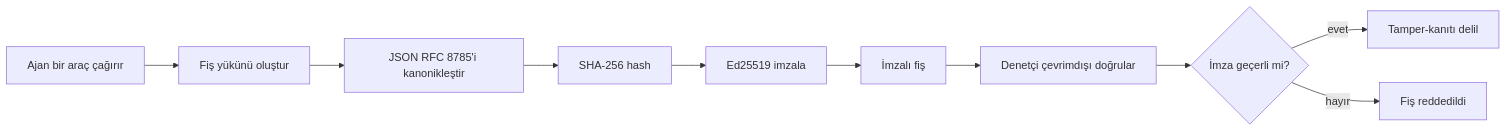
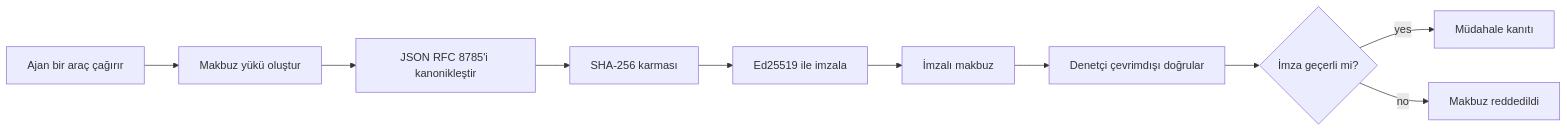
The first of 2 diagrams in mirrors/repos/microsoft@ai-agents-for-beginners/translations/tr/18-securing-ai-agents/README.md (gabrielmoreira/agent-skills-mirror), drawn with Mermaid before and after one commit. The commit also changed other lines of this file and 8886 other files, not shown here.

````diff
--- a/mirrors/repos/microsoft@ai-agents-for-beginners/translations/tr/18-securing-ai-agents/README.md
+++ b/mirrors/repos/microsoft@ai-agents-for-beginners/translations/tr/18-securing-ai-agents/README.md
@@ -51,12 +51,12 @@
 ```mermaid
 flowchart LR
-    A[Ajan bir araç çağırır] --> B[Fiş yükünü oluştur]
+    A[Ajan bir araç çağırır] --> B[Makbuz yükü oluştur]
     B --> C[JSON RFC 8785'i kanonikleştir]
-    C --> D[SHA-256 hash]
-    D --> E[Ed25519 imzala]
-    E --> F[İmzalı fiş]
+    C --> D[SHA-256 karması]
+    D --> E[Ed25519 ile imzala]
+    E --> F[İmzalı makbuz]
     F --> G[Denetçi çevrimdışı doğrular]
     G --> H{İmza geçerli mi?}
-    H -- evet --> I[Tamper-kanıtı delil]
-    H -- hayır --> J[Fiş reddedildi]
+    H -- yes --> I[Müdahale kanıtı]
+    H -- no --> J[Makbuz reddedildi]
 ```
````
